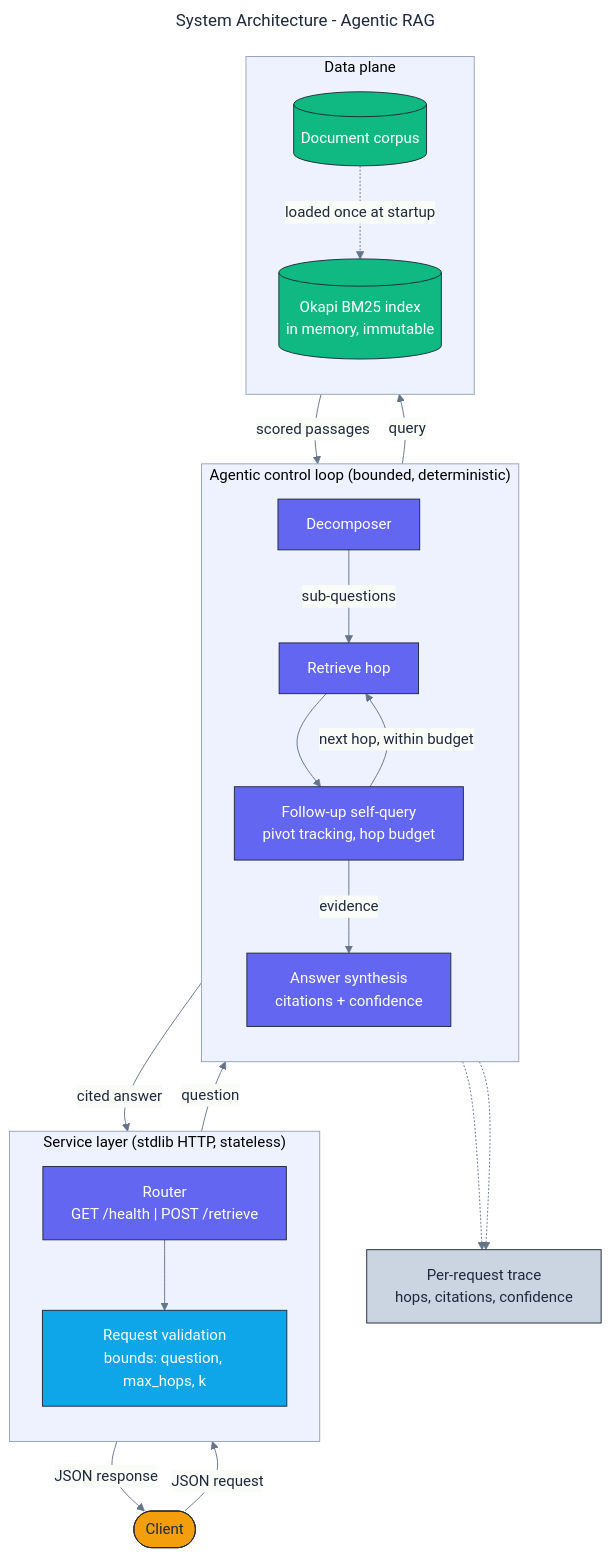
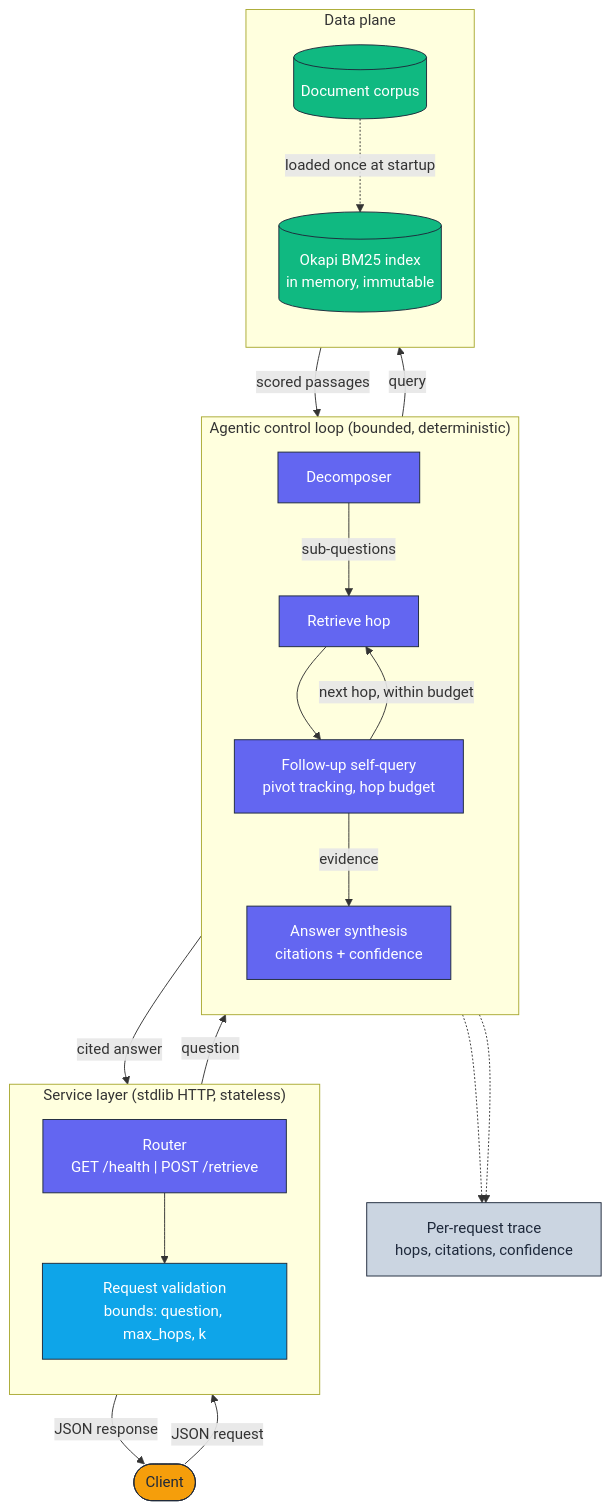
One commit to adeoluo/agentic-rag changed the diagram in docs/architecture/architecture.mmd. Above: the diagram before and after it, drawn with Mermaid. The commit also changed 8 other files, not shown here.

```diff
--- a/docs/architecture/architecture.mmd
+++ b/docs/architecture/architecture.mmd
@@ -1,58 +1,45 @@
----
-title: System Architecture - Agentic RAG
-config:
-  theme: base
-  themeVariables:
-    fontFamily: "Inter, system-ui, sans-serif"
-    primaryColor: "#F8FAFC"
-    primaryBorderColor: "#1E293B"
-    primaryTextColor: "#1E293B"
-    lineColor: "#64748B"
-    clusterBkg: "#EEF2FF"
-    clusterBorder: "#94A3B8"
----
-flowchart TB
+flowchart TD
     classDef edge     fill:#F59E0B,stroke:#1E293B,color:#1E293B,stroke-width:1px;
     classDef core     fill:#6366F1,stroke:#1E293B,color:#ffffff,stroke-width:1px;
     classDef data     fill:#10B981,stroke:#1E293B,color:#ffffff,stroke-width:1px;
     classDef control  fill:#0EA5E9,stroke:#1E293B,color:#ffffff,stroke-width:1px;
     classDef obs      fill:#CBD5E1,stroke:#1E293B,color:#1E293B,stroke-width:1px;
 
     Client([Client]):::edge
 
     subgraph Edge["Service layer (stdlib HTTP, stateless)"]
         direction TB
         Router["Router<br/>GET /health | POST /retrieve"]:::core
         Validate["Request validation<br/>bounds: question, max_hops, k"]:::control
     end
 
     subgraph Loop["Agentic control loop (bounded, deterministic)"]
         direction TB
         Decompose[Decomposer]:::core
         Retrieve[Retrieve hop]:::core
         FollowUp["Follow-up self-query<br/>pivot tracking, hop budget"]:::core
         Synthesize["Answer synthesis<br/>citations + confidence"]:::core
     end
 
     subgraph DataPlane["Data plane"]
         direction TB
         Index[(Okapi BM25 index<br/>in memory, immutable)]:::data
         Corpus[(Document corpus)]:::data
     end
 
     Trace["Per-request trace<br/>hops, citations, confidence"]:::obs
 
     Client -->|JSON request| Router
     Router --> Validate
     Validate -->|question| Decompose
     Decompose -->|sub-questions| Retrieve
     Retrieve -->|query| Index
     Index -->|scored passages| Retrieve
     Retrieve --> FollowUp
     FollowUp -->|next hop, within budget| Retrieve
     FollowUp -->|evidence| Synthesize
     Corpus -.->|loaded once at startup| Index
     Synthesize -->|cited answer| Router
     Router -->|JSON response| Client
     Synthesize -.-> Trace
     Retrieve -.-> Trace
```
